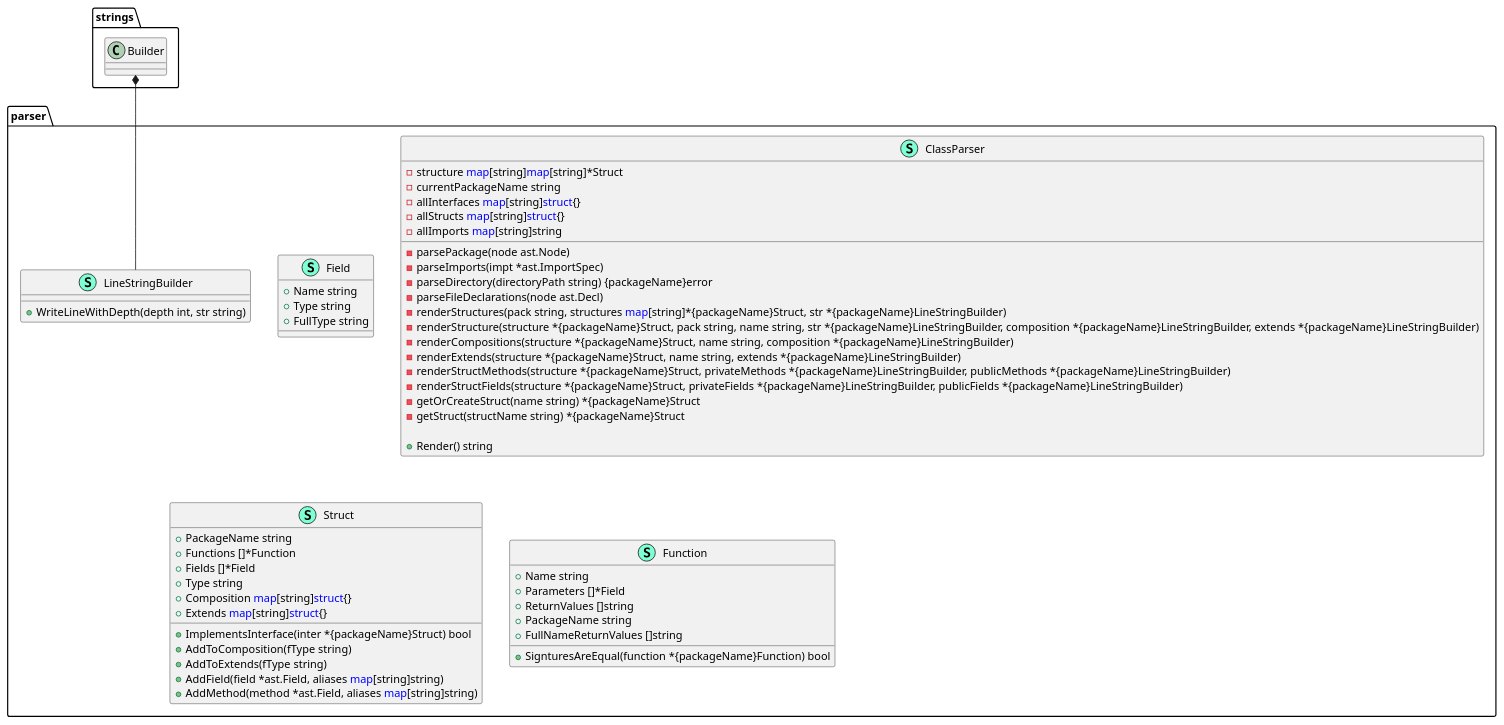
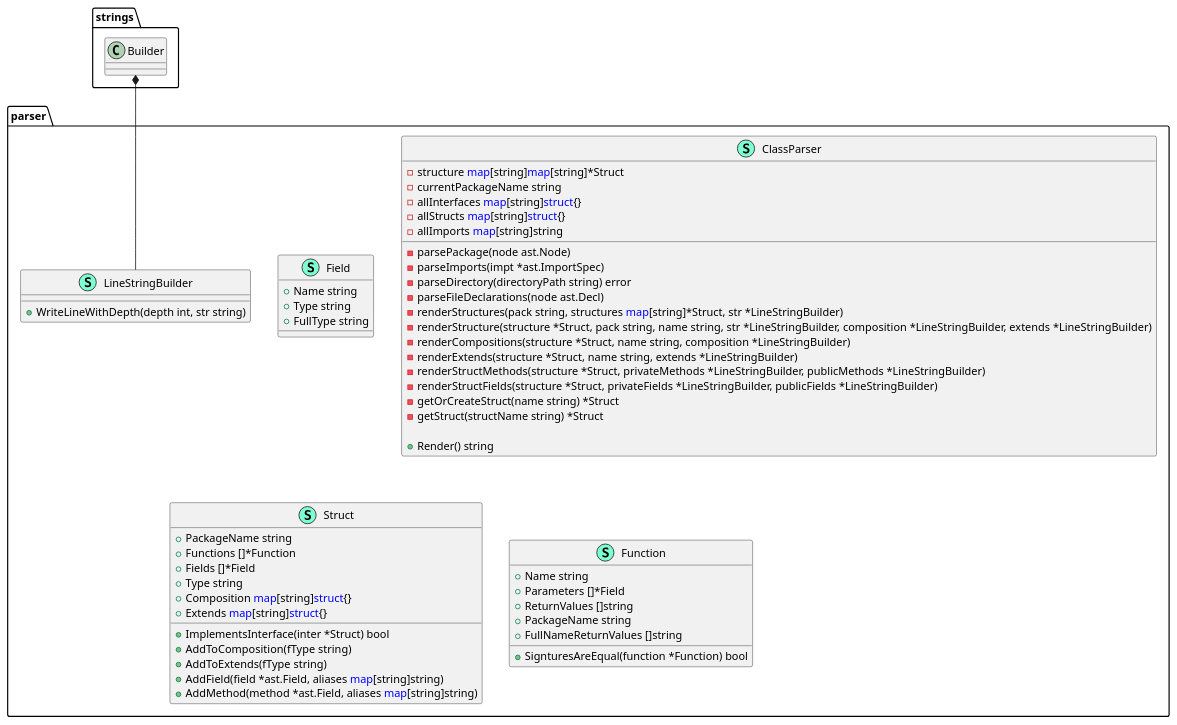
Before and after one commit to thgoexpt/PlantUML-Class-Diagram-Generator-for-golang-projects: the diagram in ClassDiagram.puml, drawn with PlantUML. The commit also changed 1 other file, not shown here.

```diff
--- a/ClassDiagram.puml
+++ b/ClassDiagram.puml
@@ -1,65 +1,65 @@
 @startuml
 namespace parser {
     class Field << (S,Aquamarine) >> {
         + Name string
         + Type string
         + FullType string
 
     }
     class LineStringBuilder << (S,Aquamarine) >> {
         + WriteLineWithDepth(depth int, str string) 
 
     }
     class ClassParser << (S,Aquamarine) >> {
         - structure <font color=blue>map</font>[string]<font color=blue>map</font>[string]*Struct
         - currentPackageName string
         - allInterfaces <font color=blue>map</font>[string]<font color=blue>struct</font>{}
         - allStructs <font color=blue>map</font>[string]<font color=blue>struct</font>{}
         - allImports <font color=blue>map</font>[string]string
 
         - parsePackage(node ast.Node) 
         - parseImports(impt *ast.ImportSpec) 
-        - parseDirectory(directoryPath string) {packageName}error
+        - parseDirectory(directoryPath string) error
         - parseFileDeclarations(node ast.Decl) 
-        - renderStructures(pack string, structures <font color=blue>map</font>[string]*{packageName}Struct, str *{packageName}LineStringBuilder) 
-        - renderStructure(structure *{packageName}Struct, pack string, name string, str *{packageName}LineStringBuilder, composition *{packageName}LineStringBuilder, extends *{packageName}LineStringBuilder) 
-        - renderCompositions(structure *{packageName}Struct, name string, composition *{packageName}LineStringBuilder) 
-        - renderExtends(structure *{packageName}Struct, name string, extends *{packageName}LineStringBuilder) 
-        - renderStructMethods(structure *{packageName}Struct, privateMethods *{packageName}LineStringBuilder, publicMethods *{packageName}LineStringBuilder) 
-        - renderStructFields(structure *{packageName}Struct, privateFields *{packageName}LineStringBuilder, publicFields *{packageName}LineStringBuilder) 
-        - getOrCreateStruct(name string) *{packageName}Struct
-        - getStruct(structName string) *{packageName}Struct
+        - renderStructures(pack string, structures <font color=blue>map</font>[string]*Struct, str *LineStringBuilder) 
+        - renderStructure(structure *Struct, pack string, name string, str *LineStringBuilder, composition *LineStringBuilder, extends *LineStringBuilder) 
+        - renderCompositions(structure *Struct, name string, composition *LineStringBuilder) 
+        - renderExtends(structure *Struct, name string, extends *LineStringBuilder) 
+        - renderStructMethods(structure *Struct, privateMethods *LineStringBuilder, publicMethods *LineStringBuilder) 
+        - renderStructFields(structure *Struct, privateFields *LineStringBuilder, publicFields *LineStringBuilder) 
+        - getOrCreateStruct(name string) *Struct
+        - getStruct(structName string) *Struct
 
         + Render() string
 
     }
     class Struct << (S,Aquamarine) >> {
         + PackageName string
         + Functions []*Function
         + Fields []*Field
         + Type string
         + Composition <font color=blue>map</font>[string]<font color=blue>struct</font>{}
         + Extends <font color=blue>map</font>[string]<font color=blue>struct</font>{}
 
-        + ImplementsInterface(inter *{packageName}Struct) bool
+        + ImplementsInterface(inter *Struct) bool
         + AddToComposition(fType string) 
         + AddToExtends(fType string) 
         + AddField(field *ast.Field, aliases <font color=blue>map</font>[string]string) 
         + AddMethod(method *ast.Field, aliases <font color=blue>map</font>[string]string) 
 
     }
     class Function << (S,Aquamarine) >> {
         + Name string
         + Parameters []*Field
         + ReturnValues []string
         + PackageName string
         + FullNameReturnValues []string
 
-        + SignturesAreEqual(function *{packageName}Function) bool
+        + SignturesAreEqual(function *Function) bool
 
     }
 }
 strings.Builder *-- parser.LineStringBuilder
 
 
 @enduml
```
